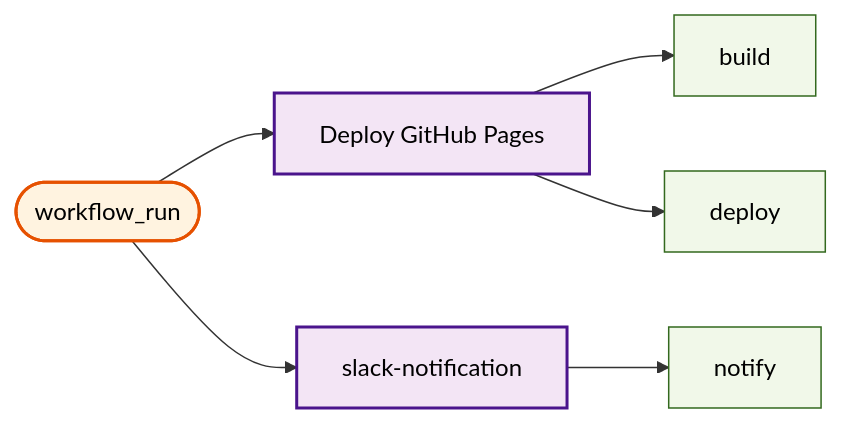
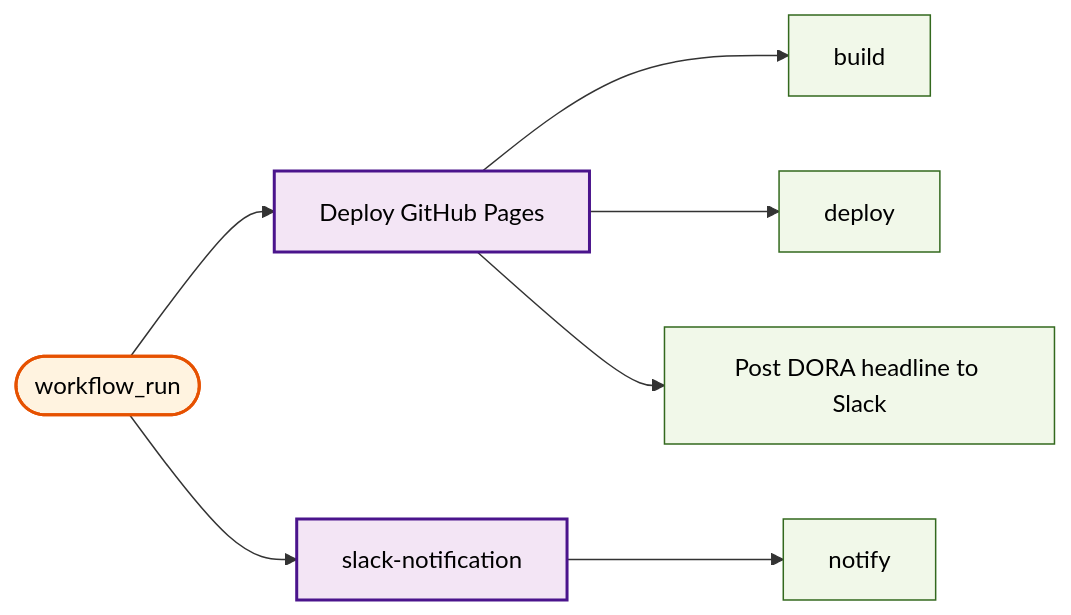
Diagram 27 of 28 in docs/operations/workflow-diagram.md (US-Trustee-Program/Bankruptcy-Oversight-Support-Systems), drawn with Mermaid before and after one commit. The commit also changed other lines of this file and 9 other files, not shown here.

First line of the commit message:
Post the weekly DORA headline to Slack

````diff
--- a/docs/operations/workflow-diagram.md
+++ b/docs/operations/workflow-diagram.md
@@ -1397,27 +1403,30 @@
 ```mermaid
 flowchart LR
     trigger_workflow_run(["workflow_run"])
     deploy_pages_yml["Deploy GitHub Pages"]
     deploy_pages_yml_build["build"]
     deploy_pages_yml_deploy["deploy"]
+    deploy_pages_yml_post_headline["Post DORA headline to Slack"]
     slack_notification_yml["slack-notification"]
     slack_notification_yml_notify["notify"]
 
     trigger_workflow_run --> deploy_pages_yml
     deploy_pages_yml --> deploy_pages_yml_build
     deploy_pages_yml --> deploy_pages_yml_deploy
+    deploy_pages_yml --> deploy_pages_yml_post_headline
     trigger_workflow_run --> slack_notification_yml
     slack_notification_yml --> slack_notification_yml_notify
 
     classDef reusable fill:#e1f5fe,stroke:#01579b,stroke-width:2px,color:#000000
     classDef mainWorkflow fill:#f3e5f5,stroke:#4a148c,stroke-width:2px,color:#000000
     classDef trigger fill:#fff3e0,stroke:#e65100,stroke-width:2px,color:#000000
     classDef job fill:#f1f8e9,stroke:#33691e,stroke-width:1px,color:#000000
 
     class trigger_workflow_run trigger
     class deploy_pages_yml mainWorkflow
     class deploy_pages_yml_build job
     class deploy_pages_yml_deploy job
+    class deploy_pages_yml_post_headline job
     class slack_notification_yml mainWorkflow
     class slack_notification_yml_notify job
 ```
````
